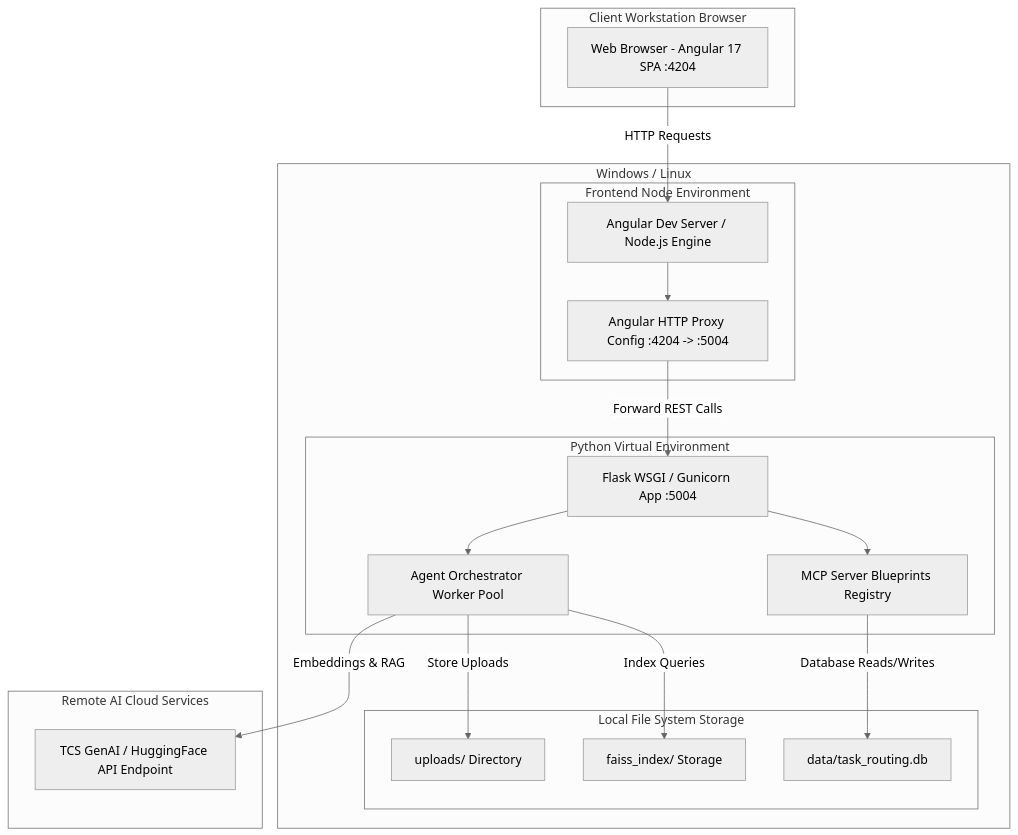
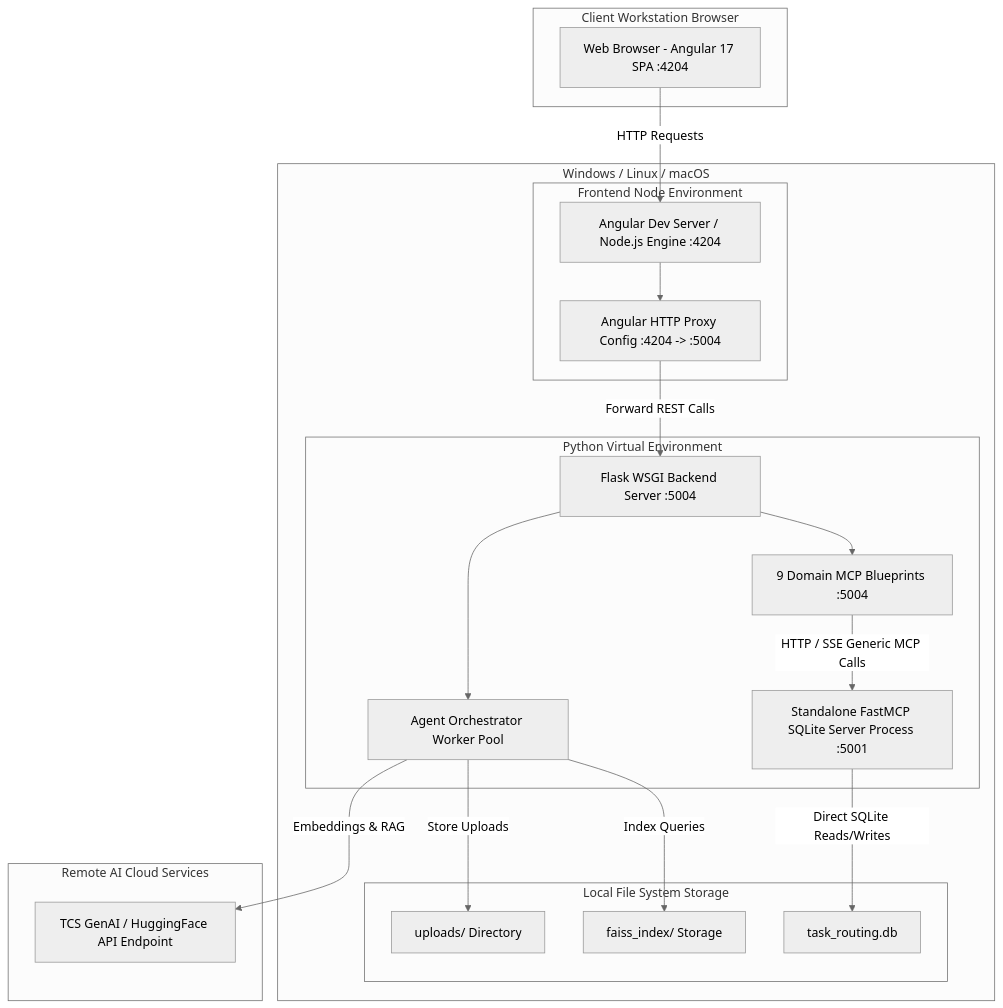
One commit to linusimon/AIFriday changed the third of 5 diagrams in ARCHITECTURE.md. Above: the diagram before and after it, drawn with Mermaid (neutral theme). The commit also changed other lines of this file and 5 other files, not shown here.

````diff
--- a/ARCHITECTURE.md
+++ b/ARCHITECTURE.md
@@ -140,39 +155,41 @@
 ```mermaid
 graph TB
     subgraph Client Workstation Browser
         Browser[Web Browser - Angular 17 SPA :4204]
     end
 
-    subgraph Host Machine Environment [Windows / Linux]
+    subgraph Host Machine Environment [Windows / Linux / macOS]
         subgraph Frontend Node Environment
-            AngularDev[Angular Dev Server / Node.js Engine]
+            AngularDev[Angular Dev Server / Node.js Engine :4204]
             Proxy[Angular HTTP Proxy Config :4204 -> :5004]
         end
 
         subgraph Python Virtual Environment
-            FlaskApp[Flask WSGI / Gunicorn App :5004]
+            FlaskApp[Flask WSGI Backend Server :5004]
             AgentRunner[Agent Orchestrator Worker Pool]
-            MCPRegistry[MCP Server Blueprints Registry]
+            DomainMCP[9 Domain MCP Blueprints :5004]
+            FastMCPProcess[Standalone FastMCP SQLite Server Process :5001]
         end
 
         subgraph Local File System Storage
             UploadsDir[uploads/ Directory]
             FaissDir[faiss_index/ Storage]
-            SQLiteFile[data/task_routing.db]
+            SQLiteFile[task_routing.db]
         end
     end
 
     subgraph Remote AI Cloud Services
         GenAI_API[TCS GenAI / HuggingFace API Endpoint]
     end
 
     Browser -->|HTTP Requests| AngularDev
     AngularDev --> Proxy
     Proxy -->|Forward REST Calls| FlaskApp
     FlaskApp --> AgentRunner
-    FlaskApp --> MCPRegistry
+    FlaskApp --> DomainMCP
     AgentRunner -->|Store Uploads| UploadsDir
     AgentRunner -->|Embeddings & RAG| GenAI_API
     AgentRunner -->|Index Queries| FaissDir
-    MCPRegistry -->|Database Reads/Writes| SQLiteFile
+    DomainMCP -->|HTTP / SSE Generic MCP Calls| FastMCPProcess
+    FastMCPProcess -->|Direct SQLite Reads/Writes| SQLiteFile
 ```
````
